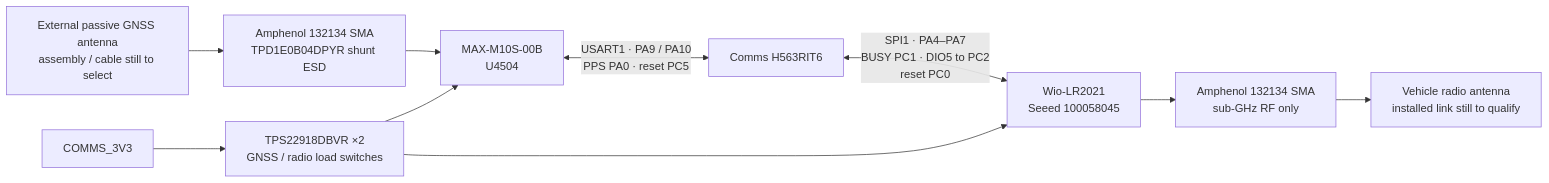
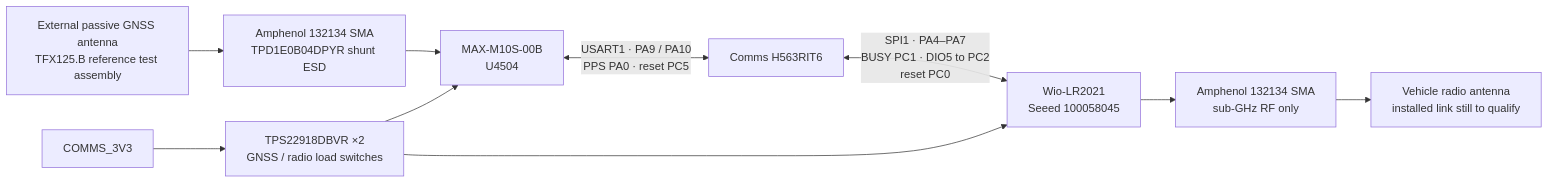
Before and after one commit to ULAS-HiPR/Ogma2: the diagram in docs/architecture/06-gnss-radio.md, drawn with Mermaid. The commit also changed other lines of this file and 25 other files, not shown here.

````diff
--- a/docs/architecture/06-gnss-radio.md
+++ b/docs/architecture/06-gnss-radio.md
@@ -13,22 +14,22 @@
 ```mermaid
 flowchart LR
   GA["External passive GNSS antenna
-assembly / cable still to select"] --> GS["Amphenol 132134 SMA
+TFX125.B reference test assembly"] --> GS["Amphenol 132134 SMA
 TPD1E0B04DPYR shunt ESD"]
   GS --> G["MAX-M10S-00B
 U4504"]
   G <-->|"USART1 · PA9 / PA10
 PPS PA0 · reset PC5"| C["Comms H563RIT6"]
   C <-->|"SPI1 · PA4–PA7
 BUSY PC1 · DIO5 to PC2
 reset PC0"| R["Wio-LR2021
 Seeed 100058045"]
   R --> S["Amphenol 132134 SMA
 sub-GHz RF only"]
   S --> RA["Vehicle radio antenna
 installed link still to qualify"]
   P["COMMS_3V3"] --> SW["TPS22918DBVR ×2
 GNSS / radio load switches"]
   SW --> G
   SW --> R
 ```
````
